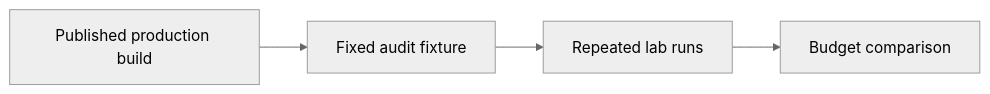
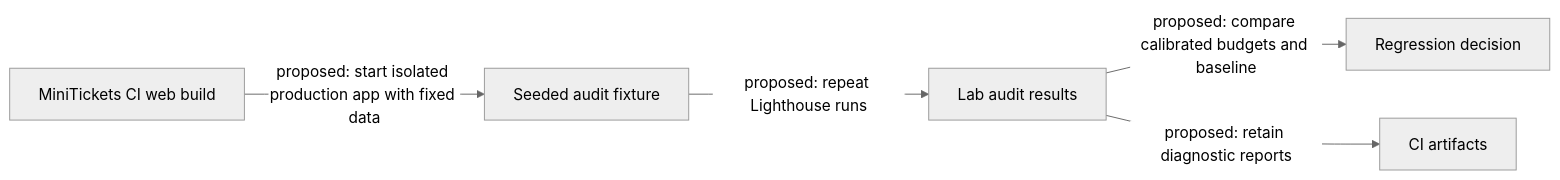
The diagram in docs/handbook/concepts/lighthouse-ci.md (maheshnd/minitickets), drawn with Mermaid (neutral theme) before and after one commit. The commit also changed other lines of this file and 119 other files, not shown here.

````diff
--- a/docs/handbook/concepts/lighthouse-ci.md
+++ b/docs/handbook/concepts/lighthouse-ci.md
@@ -17,7 +19,7 @@
 ```mermaid
 flowchart LR
-    n0["Published production build"] --> n1
-    n1["Fixed audit fixture"] --> n2
-    n2["Repeated lab runs"] --> n3
-    n3["Budget comparison"]
+    C["MiniTickets CI web build"] -->|"proposed: start isolated production app with fixed data"| A["Seeded audit fixture"]
+    A -->|"proposed: repeat Lighthouse runs"| L["Lab audit results"]
+    L -->|"proposed: compare calibrated budgets and baseline"| B["Regression decision"]
+    L -->|"proposed: retain diagnostic reports"| R["CI artifacts"]
 ```
````
